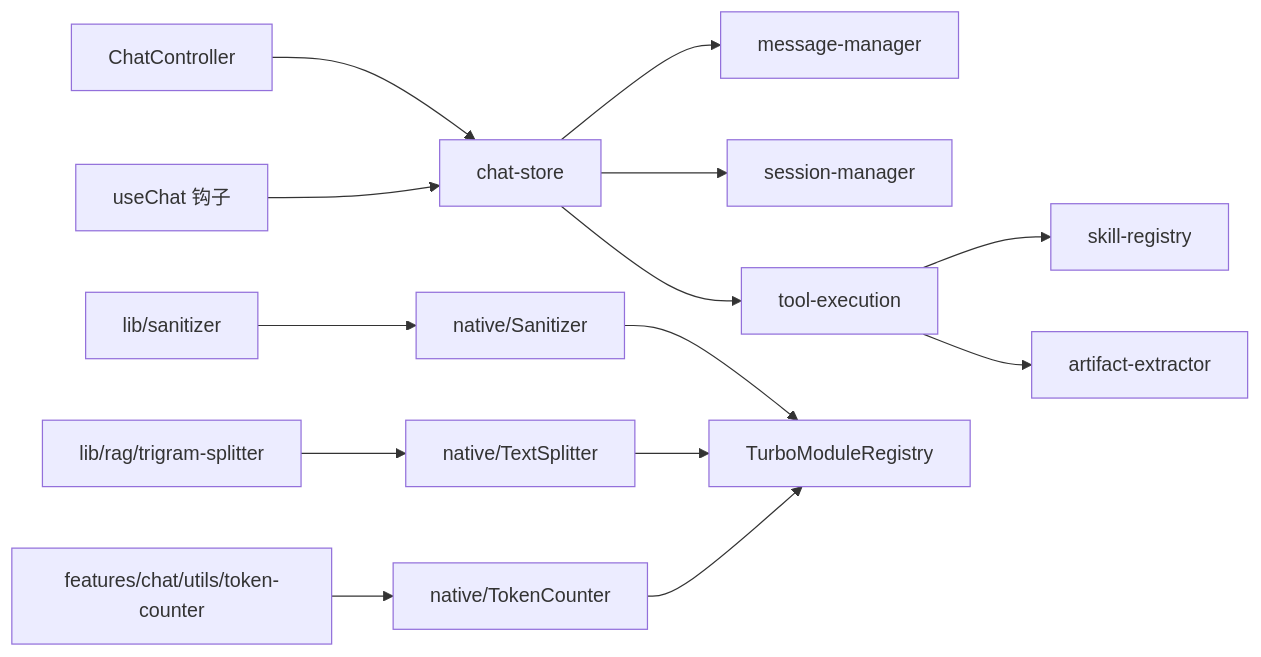
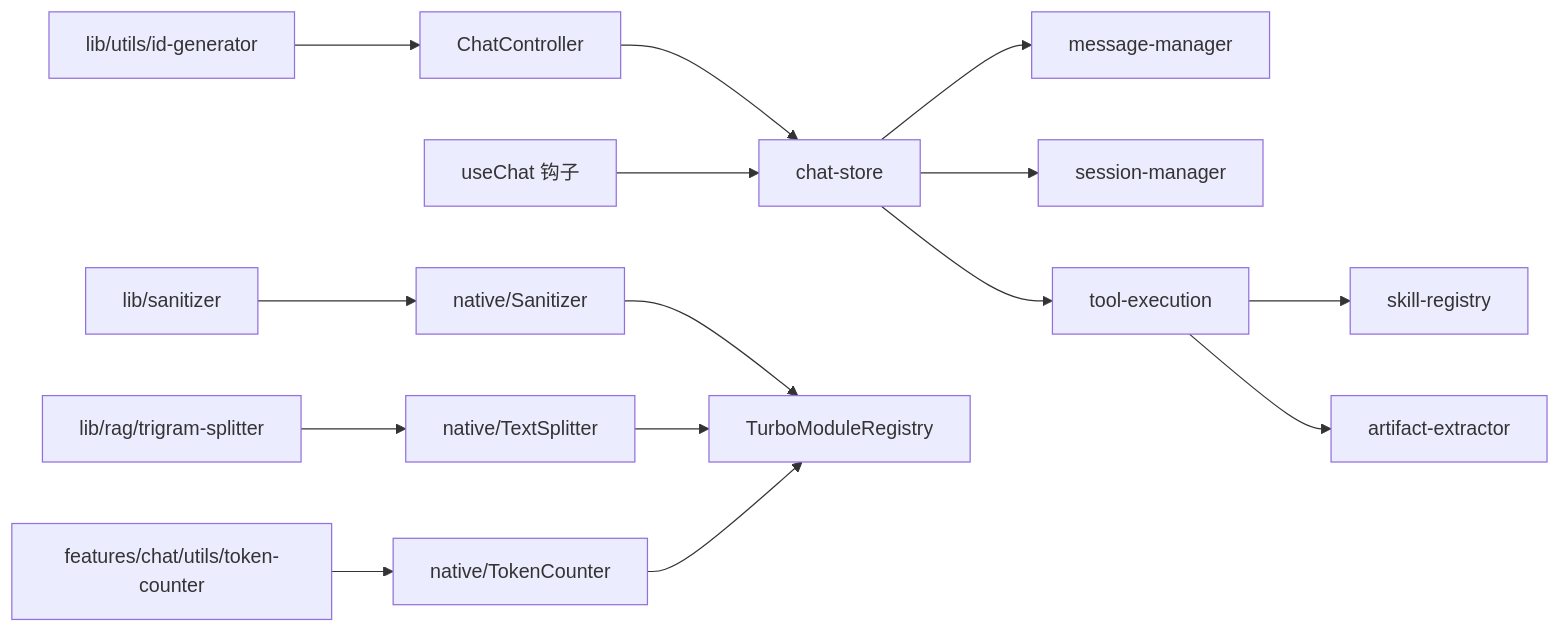
Before and after one commit to NarcisWL/Nexara: diagram 24 of 24 in .qoder/repowiki/zh/content/聊天系统详解/聊天系统详解.md, drawn with Mermaid. The commit also changed other lines of this file and 117 other files, not shown here.

````diff
--- a/.qoder/repowiki/zh/content/聊天系统详解/聊天系统详解.md
+++ b/.qoder/repowiki/zh/content/聊天系统详解/聊天系统详解.md
@@ -723,16 +807,17 @@
 ```mermaid
 graph LR
 ChatController["ChatController"] --> ChatStore["chat-store"]
 ChatStore --> MsgMgr["message-manager"]
 ChatStore --> SessMgr["session-manager"]
 ChatStore --> ToolExec["tool-execution"]
 ToolExec --> SkillReg["skill-registry"]
 ToolExec --> ArtifactExt["artifact-extractor"]
 FE_Hook["useChat 钩子"] --> ChatStore
 Sanitizer["lib/sanitizer"] --> NativeSanitizer["native/Sanitizer"]
 TextSplitter["lib/rag/trigram-splitter"] --> NativeTextSplitter["native/TextSplitter"]
 TokenCounter["features/chat/utils/token-counter"] --> NativeTokenCounter["native/TokenCounter"]
+IdGenerator["lib/utils/id-generator"] --> ChatController
 NativeSanitizer --> TurboModule["TurboModuleRegistry"]
 NativeTextSplitter --> TurboModule
 NativeTokenCounter --> TurboModule
 ```
````
